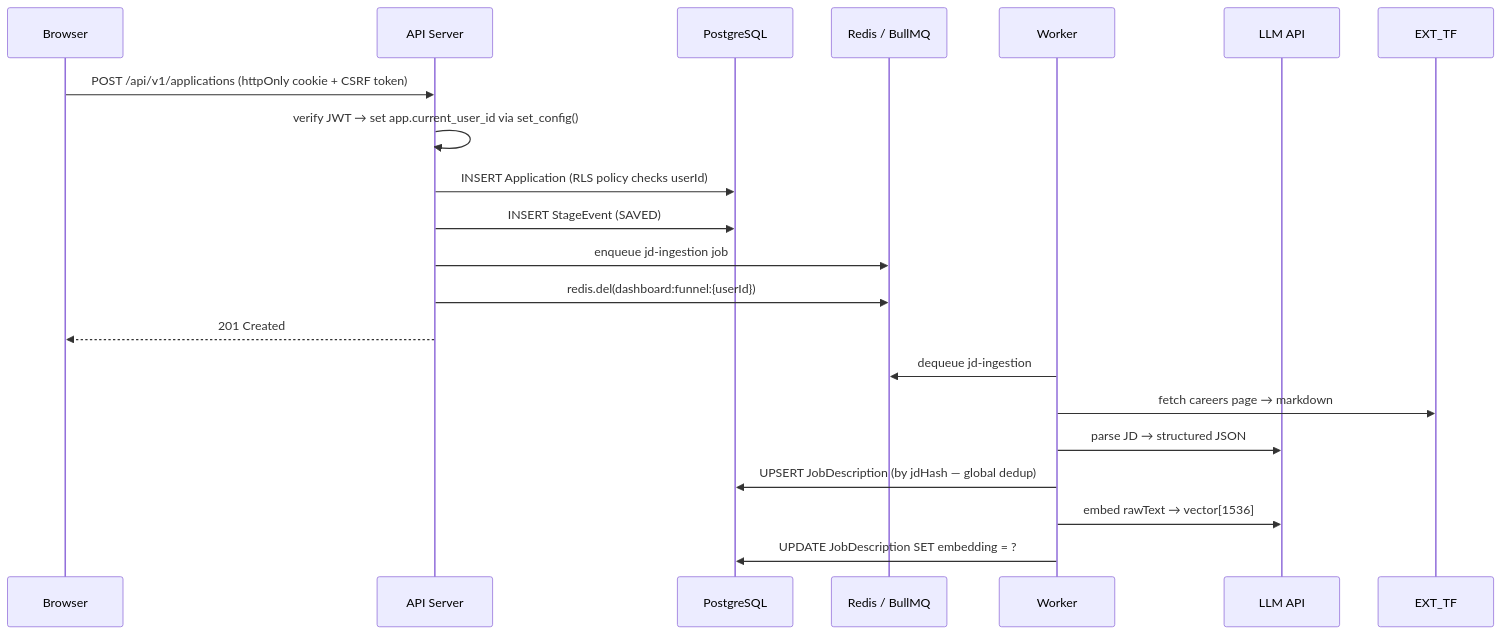
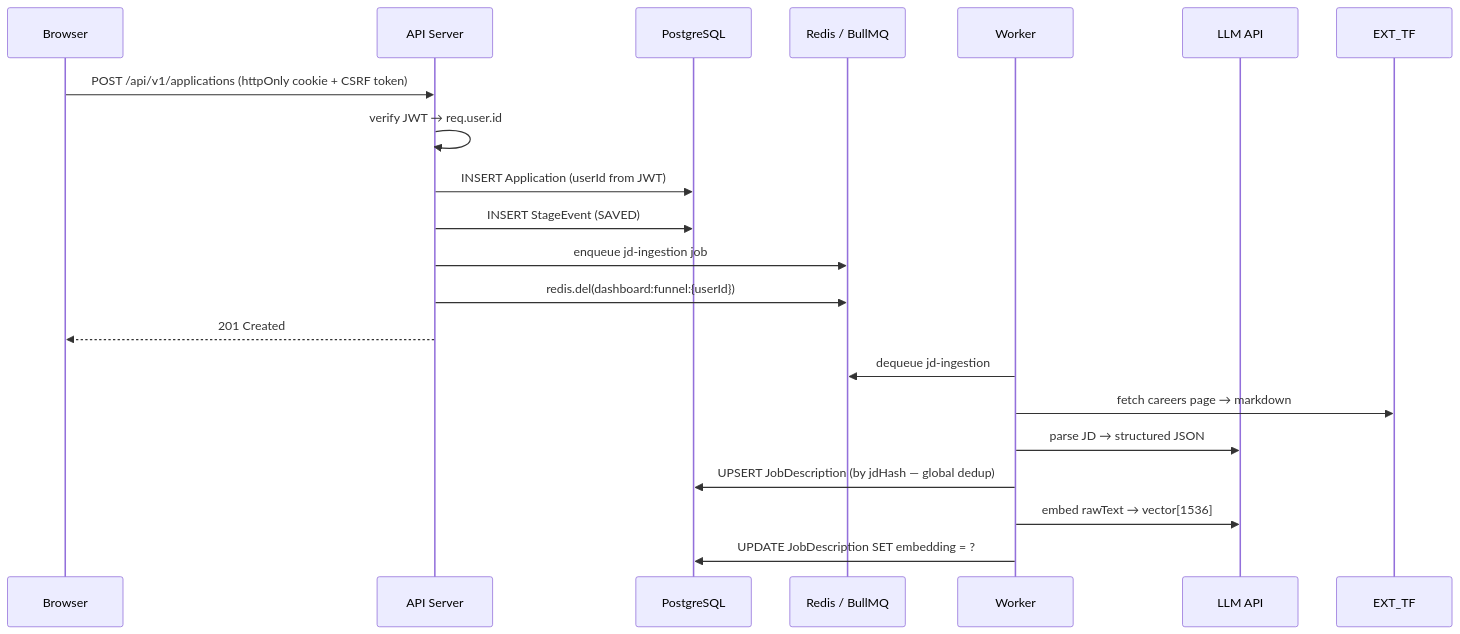
The second of 7 diagrams in docs/architecture.md (AdityaKrSingh26/Pursuit), drawn with Mermaid before and after one commit. The commit also changed other lines of this file and 35 other files, not shown here.

````diff
--- a/docs/architecture.md
+++ b/docs/architecture.md
@@ -69,24 +69,24 @@
 ```mermaid
 sequenceDiagram
     participant B as Browser
     participant A as API Server
     participant DB as PostgreSQL
     participant Q as Redis / BullMQ
     participant W as Worker
     participant L as LLM API
 
     B->>A: POST /api/v1/applications (httpOnly cookie + CSRF token)
-    A->>A: verify JWT → set app.current_user_id via set_config()
-    A->>DB: INSERT Application (RLS policy checks userId)
+    A->>A: verify JWT → req.user.id
+    A->>DB: INSERT Application (userId from JWT)
     A->>DB: INSERT StageEvent (SAVED)
     A->>Q: enqueue jd-ingestion job
     A->>Q: redis.del(dashboard:funnel:{userId})
     A-->>B: 201 Created
 
     W->>Q: dequeue jd-ingestion
     W->>EXT_TF: fetch careers page → markdown
     W->>L: parse JD → structured JSON
     W->>DB: UPSERT JobDescription (by jdHash — global dedup)
     W->>L: embed rawText → vector[1536]
     W->>DB: UPDATE JobDescription SET embedding = ?
 ```
````
